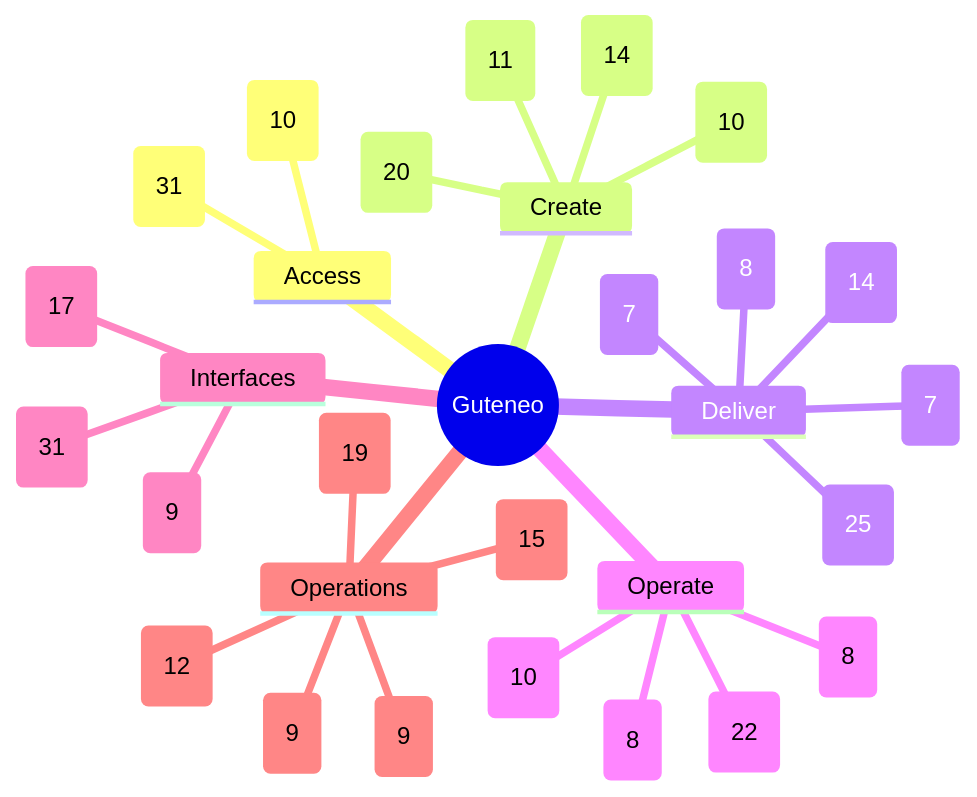
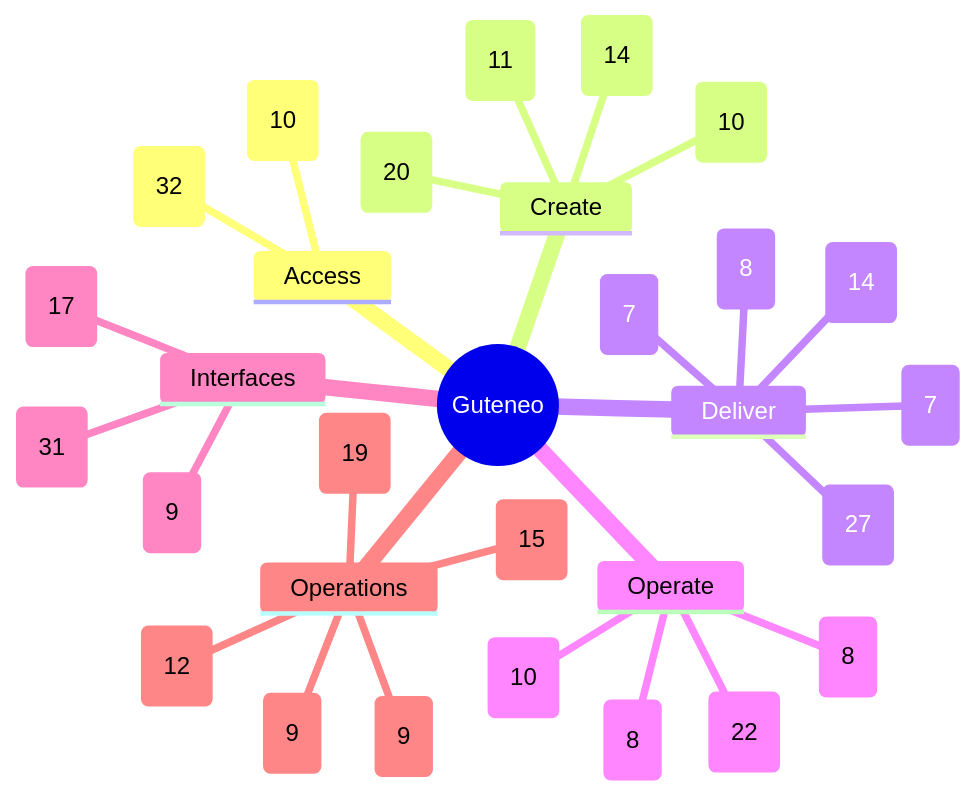
The diagram in docs/FEATURE_MAP.md (nclsppr/guteneo), drawn with Mermaid before and after one commit. The commit also changed other lines of this file and 41 other files, not shown here.

````diff
--- a/docs/FEATURE_MAP.md
+++ b/docs/FEATURE_MAP.md
@@ -13,33 +13,33 @@
 ```mermaid
 mindmap
   root((Guteneo))
     Access
-      Access and identity (31)
+      Access and identity (32)
       Team and responsibilities (10)
     Create
       Documents and protection (20)
       Template studio (14)
       Data and mappings (10)
       PDF generation and distribution (11)
     Deliver
       Fax (7)
       Postal mail (8)
       Email and protected links (14)
-      Sensitive distribution and personal documents (25)
+      Sensitive distribution and personal documents (27)
       Dispatch dry run (7)
     Operate
       Campaigns and tracking (8)
       Credits and billing (8)
       Workspace layout and browser appearance (22)
       PDF verification (10)
     Interfaces
       Assistants and API (31)
       iPhone and iPad (9)
       Public pages, languages and appearance (17)
     Operations
       Reviewer OAuth qualification (9)
       Operations and reliability (19)
       Belvédère platform oversight (9)
       Public service status (15)
       Engineering documentation (12)
 ```
````
